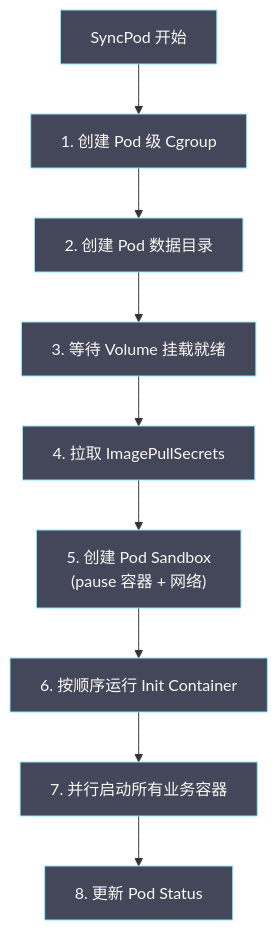
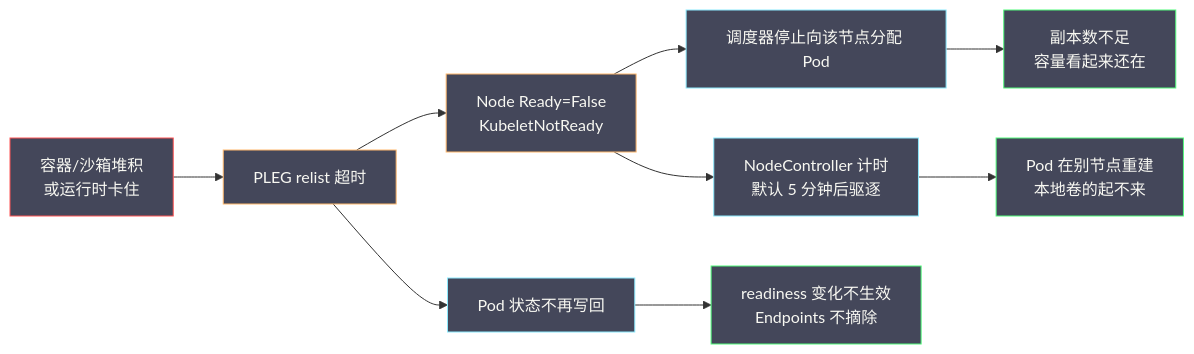
Before and after one commit to hpliStartAgain/my-brain: the sixth of 6 diagrams in content/云原生/Kubernetes/kubernetes生命周期管理和服务发现/01 kubelet 与 Pod 的创建流程.md, drawn with Mermaid. The commit also changed other lines of this file and 259 other files, not shown here.

````diff
--- a/content/云原生/Kubernetes/kubernetes生命周期管理和服务发现/01 kubelet 与 Pod 的创建流程.md
+++ b/content/云原生/Kubernetes/kubernetes生命周期管理和服务发现/01 kubelet 与 Pod 的创建流程.md
@@ -115,15 +456,21 @@
 ```mermaid
 %%{init: {'theme': 'dracula'}}%%
-graph TD
-    START["SyncPod 开始"] --> CGROUP["1. 创建 Pod 级 Cgroup"]
-    CGROUP --> MKDIR["2. 创建 Pod 数据目录"]
-    MKDIR --> VOL["3. 等待 Volume 挂载就绪"]
-    VOL --> SECRET["4. 拉取 ImagePullSecrets"]
-    SECRET --> SANDBOX["5. 创建 Pod Sandbox</br>(pause 容器 + 网络)"]
-    SANDBOX --> INIT["6. 按顺序运行 Init Container"]
-    INIT --> APP["7. 并行启动所有业务容器"]
-    APP --> STATUS["8. 更新 Pod Status"]
+graph LR
+    A["容器/沙箱堆积<br/>或运行时卡住"] --> B["PLEG relist 超时"]
+    B --> C["Node Ready=False<br/>KubeletNotReady"]
+    C --> D["调度器停止向该节点分配 Pod"]
+    C --> E["NodeController 计时<br/>默认 5 分钟后驱逐"]
+    B --> F["Pod 状态不再写回"]
+    F --> G["readiness 变化不生效<br/>Endpoints 不摘除"]
+    E --> H["Pod 在别节点重建<br/>本地卷的起不来"]
+    D --> I["副本数不足<br/>容量看起来还在"]
 
-    classDef step fill:#44475a,stroke:#8be9fd,color:#f8f8f2
-    class START,CGROUP,MKDIR,VOL,SECRET,SANDBOX,INIT,APP,STATUS step
+    classDef cause fill:#44475a,stroke:#ff5555,color:#f8f8f2
+    classDef n1 fill:#44475a,stroke:#ffb86c,color:#f8f8f2
+    classDef n2 fill:#44475a,stroke:#8be9fd,color:#f8f8f2
+    classDef n3 fill:#44475a,stroke:#50fa7b,color:#f8f8f2
+    class A cause
+    class B,C n1
+    class D,E,F n2
+    class G,H,I n3
 ```
````
